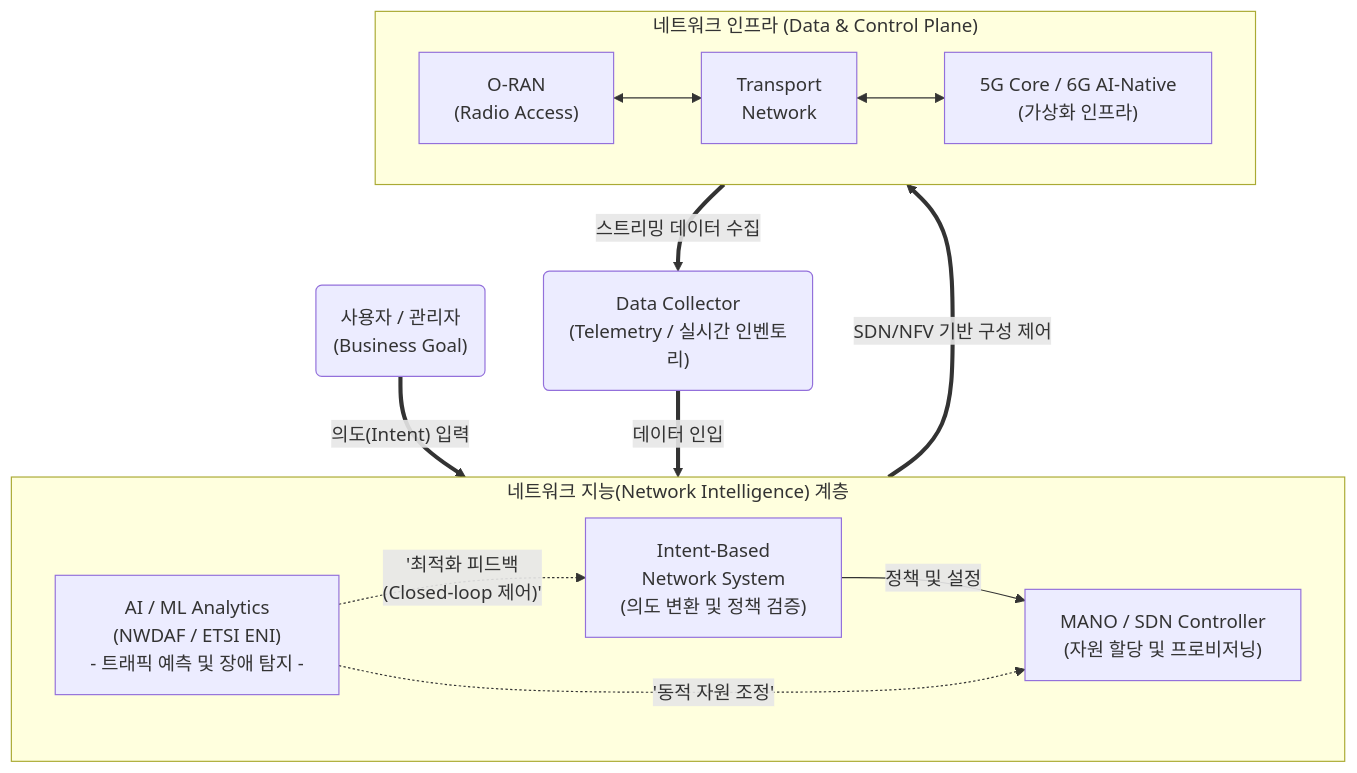
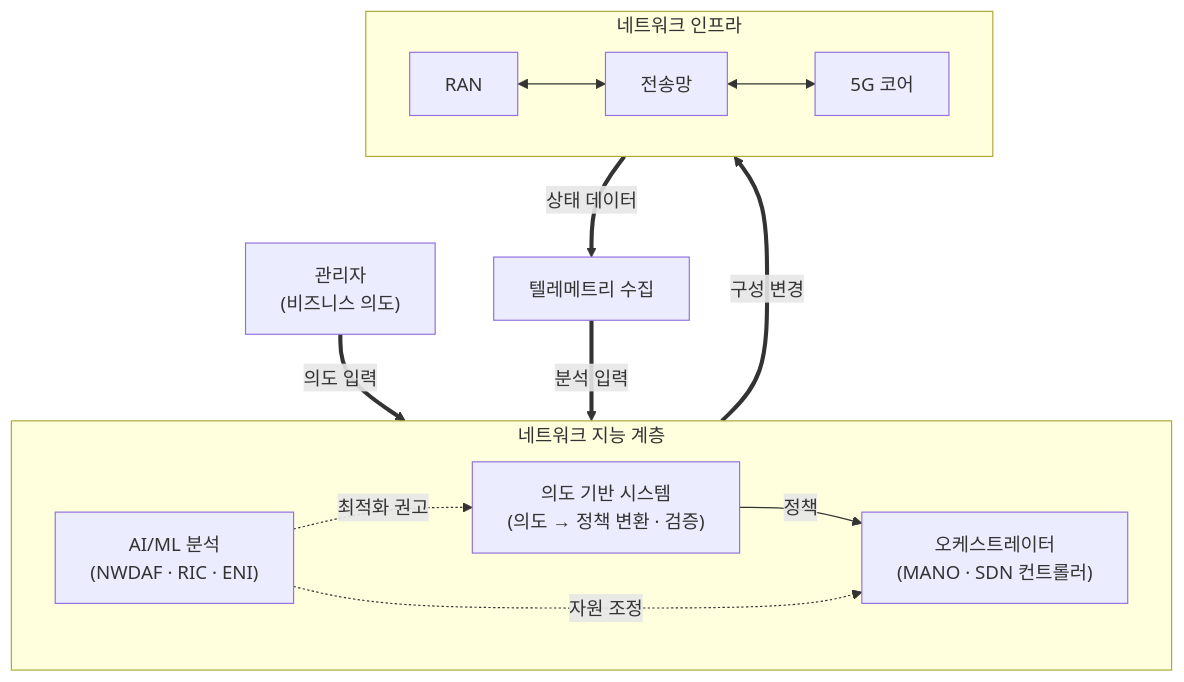
Before and after one commit to supremethumb/supremethumb.github.io: the diagram in content/01_IT Tech/네트워크 지능.md, drawn with Mermaid. The commit also changed other lines of this file and 1087 other files, not shown here.

````diff
--- a/content/01_IT Tech/네트워크 지능.md
+++ b/content/01_IT Tech/네트워크 지능.md
@@ -23,32 +35,22 @@
 ```mermaid
 flowchart TB
-    User("사용자 / 관리자<br/>(Business Goal)")
-
-    subgraph Intelligence["네트워크 지능(Network Intelligence) 계층"]
+    U["관리자<br/>(비즈니스 의도)"]
+    subgraph NI["네트워크 지능 계층"]
         direction LR
-        IBN["Intent-Based<br/>Network System<br/>(의도 변환 및 정책 검증)"]
-        Orchestrator["MANO / SDN Controller<br/>(자원 할당 및 프로비저닝)"]
-        AI["AI / ML Analytics<br/>(NWDAF / ETSI ENI)<br/>- 트래픽 예측 및 장애 탐지 -"]
-        
-        IBN -->|"정책 및 설정"| Orchestrator
-        AI -. "'최적화 피드백<br/>(Closed-loop 제어)'" .-> IBN
-        AI -. "'동적 자원 조정'" .-> Orchestrator
+        IBN["의도 기반 시스템<br/>(의도 → 정책 변환 · 검증)"]
+        ORC["오케스트레이터<br/>(MANO · SDN 컨트롤러)"]
+        AI["AI/ML 분석<br/>(NWDAF · RIC · ENI)"]
+        IBN -- "정책" --> ORC
+        AI -. "최적화 권고" .-> IBN
+        AI -. "자원 조정" .-> ORC
     end
-
-    subgraph Infra["네트워크 인프라 (Data & Control Plane)"]
+    subgraph INF["네트워크 인프라"]
         direction LR
-        RAN["O-RAN<br/>(Radio Access)"]
-        Core["5G Core / 6G AI-Native<br/>(가상화 인프라)"]
-        Transport["Transport<br/>Network"]
-        RAN <--> Transport <--> Core
+        RAN["RAN"] <--> TN["전송망"] <--> CORE["5G 코어"]
     end
-
-    Telemetry("Data Collector<br/>(Telemetry / 실시간 인벤토리)")
-
-    User == ""의도(Intent) 입력"" ==> IBN
-    Orchestrator == ""SDN/NFV 기반 구성 제어"" ==> Infra
-    Infra == ""스트리밍 데이터 수집"" ==> Telemetry
-    Telemetry == ""데이터 인입"" ==> AI
-
-
+    TEL["텔레메트리 수집"]
+    U == "의도 입력" ==> IBN
+    ORC == "구성 변경" ==> INF
+    INF == "상태 데이터" ==> TEL
+    TEL == "분석 입력" ==> AI
 ```
````
